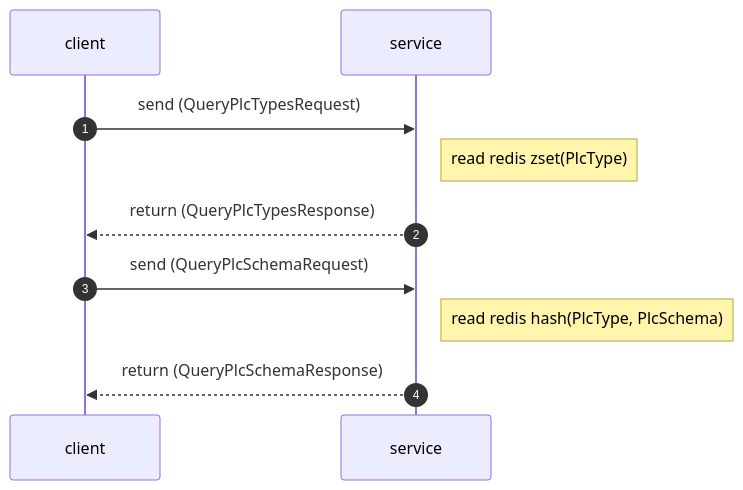
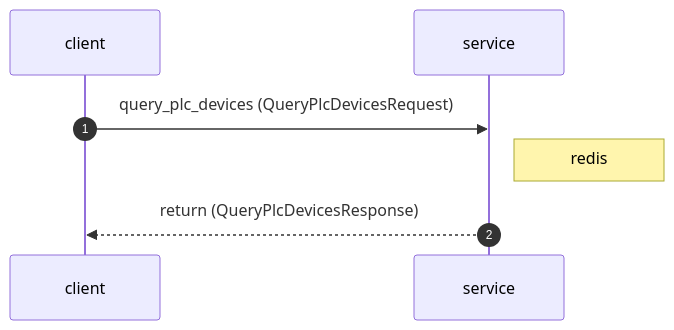
One commit to FutureOrientedGB/plc_control changed the fourth of 6 diagrams in README.md. Above: the diagram before and after it, drawn with Mermaid. The commit also changed other lines of this file and 12 other files, not shown here.

````diff
--- a/README.md
+++ b/README.md
@@ -28,14 +43,10 @@
 ```mermaid
 sequenceDiagram
     autonumber
     participant client
     participant service
 
-client->>service: send (QueryPlcTypesRequest)
-Note right of service: read redis zset(PlcType)
-service-->>client: return (QueryPlcTypesResponse)
-
-client->>service: send (QueryPlcSchemaRequest)
-Note right of service: read redis hash(PlcType, PlcSchema)
-service-->>client: return (QueryPlcSchemaResponse)
+client->>service: query_plc_devices (QueryPlcDevicesRequest)
+Note right of service: redis
+service-->>client: return (QueryPlcDevicesResponse)
 ```
````
